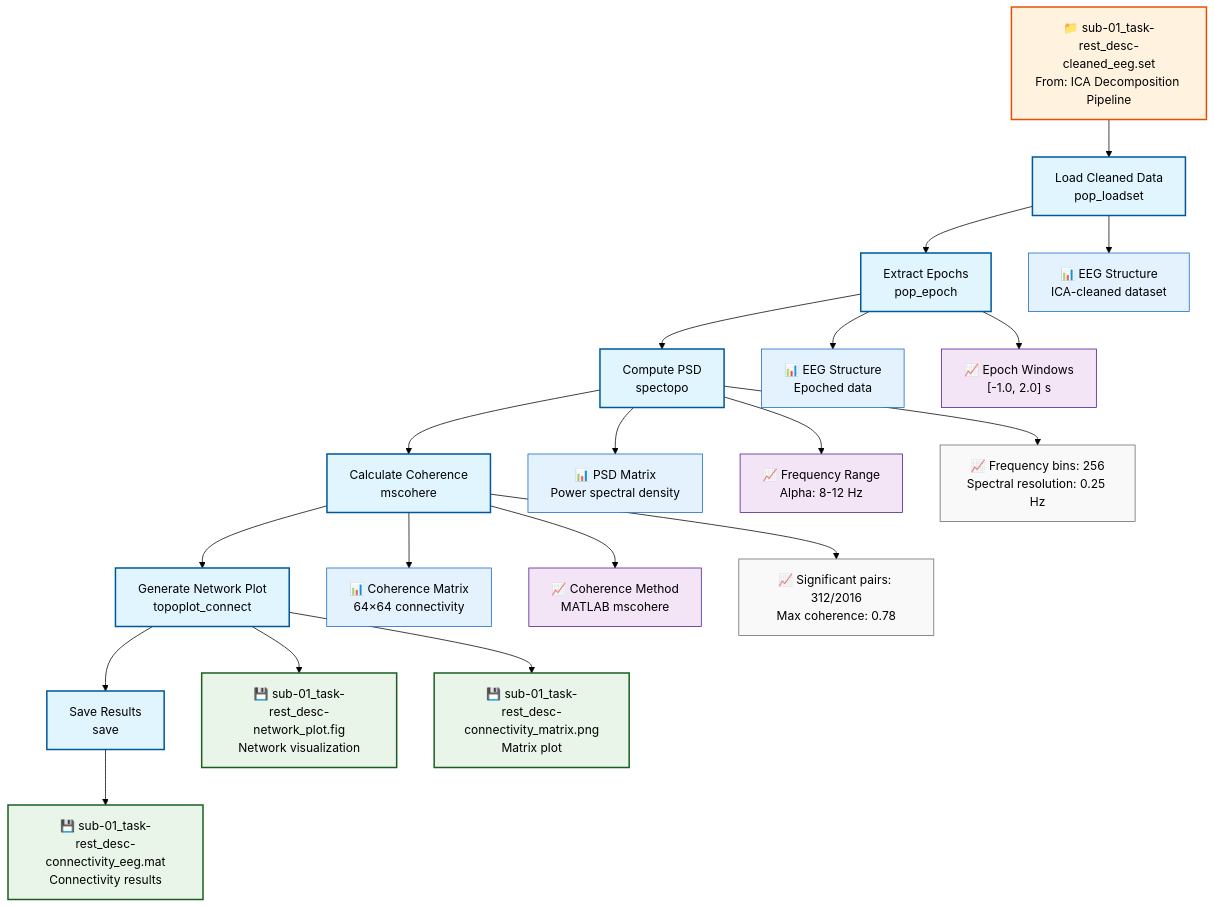
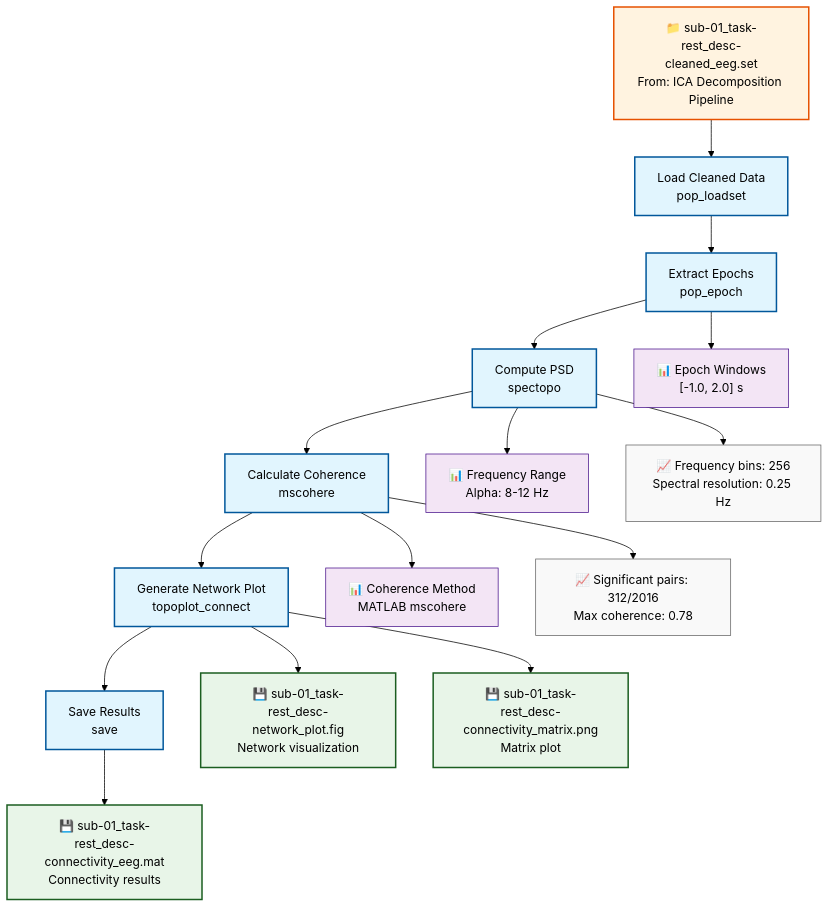
The diagram in docs/examples/connectivity_eeglab.md (signalJourney/signalJourney), drawn with Mermaid (forest theme) before and after one commit. The commit also changed 11 other files, not shown here.

````diff
--- a/docs/examples/connectivity_eeglab.md
+++ b/docs/examples/connectivity_eeglab.md
@@ -16,46 +16,38 @@
 ```mermaid
 flowchart TD
     A[Load Cleaned Data<br/>pop_loadset] --> B[Extract Epochs<br/>pop_epoch]
     B --> C[Compute PSD<br/>spectopo]
     C --> D[Calculate Coherence<br/>mscohere]
     D --> E[Generate Network Plot<br/>topoplot_connect]
     E --> F[Save Results<br/>save]
     
-    %% Input from ICA pipeline
+    %% Input file
     G["📁 sub-01_task-rest_desc-cleaned_eeg.set<br/>From: ICA Decomposition Pipeline"] --> A
     
-    %% Intermediate outputs  
-    A --> A1["📊 EEG Structure<br/>ICA-cleaned dataset"]
-    B --> B1["📊 EEG Structure<br/>Epoched data"]
-    C --> C1["📊 PSD Matrix<br/>Power spectral density"]
-    D --> D1["📊 Coherence Matrix<br/>64×64 connectivity"]
-    
-    %% Analysis parameters
-    B --> V1["📈 Epoch Windows<br/>[-1.0, 2.0] s"]
-    C --> V2["📈 Frequency Range<br/>Alpha: 8-12 Hz"]
-    D --> V3["📈 Coherence Method<br/>MATLAB mscohere"]
+    %% Inline data
+    B --> V1["📊 Epoch Windows<br/>[-1.0, 2.0] s"]
+    C --> V2["📊 Frequency Range<br/>Alpha: 8-12 Hz"]
+    D --> V3["📊 Coherence Method<br/>MATLAB mscohere"]
     
     %% Final outputs
     F --> H["💾 sub-01_task-rest_desc-connectivity_eeg.mat<br/>Connectivity results"]
     E --> I["💾 sub-01_task-rest_desc-network_plot.fig<br/>Network visualization"]
     E --> J["💾 sub-01_task-rest_desc-connectivity_matrix.png<br/>Matrix plot"]
     
     %% Quality metrics
     C --> Q1["📈 Frequency bins: 256<br/>Spectral resolution: 0.25 Hz"]
     D --> Q2["📈 Significant pairs: 312/2016<br/>Max coherence: 0.78"]
 
     %% Styling
     classDef processStep fill:#e1f5fe,stroke:#01579b,stroke-width:2px
     classDef inputFile fill:#fff3e0,stroke:#e65100,stroke-width:2px
     classDef outputFile fill:#e8f5e8,stroke:#1b5e20,stroke-width:2px
-    classDef inMemoryData fill:#e3f2fd,stroke:#1565c0,stroke-width:1px
     classDef inlineData fill:#f3e5f5,stroke:#4a148c,stroke-width:1px
     classDef qualityMetric fill:#f9f9f9,stroke:#666,stroke-width:1px
 
     class A,B,C,D,E,F processStep
     class G inputFile
     class H,I,J outputFile
-    class A1,B1,C1,D1 inMemoryData
     class V1,V2,V3 inlineData
     class Q1,Q2 qualityMetric
 ```
````
